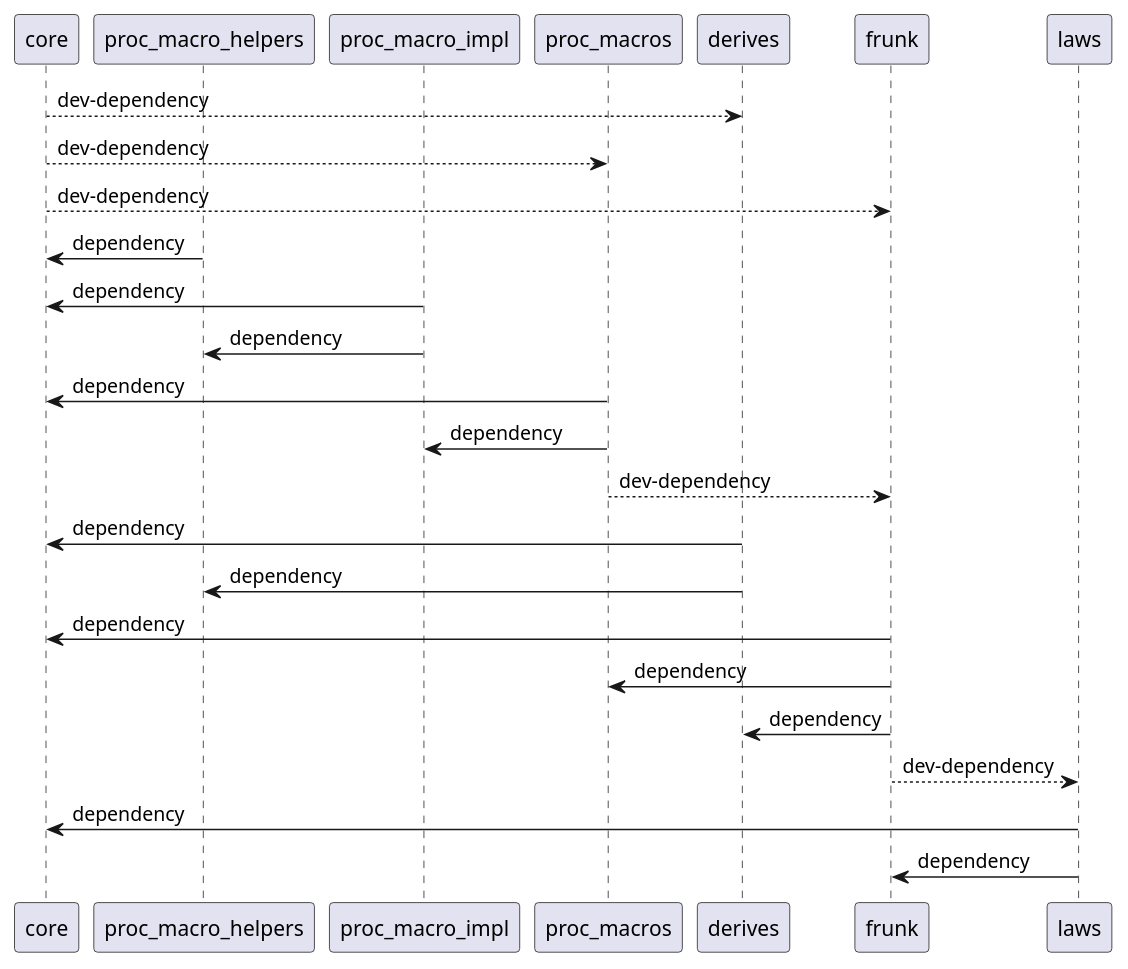
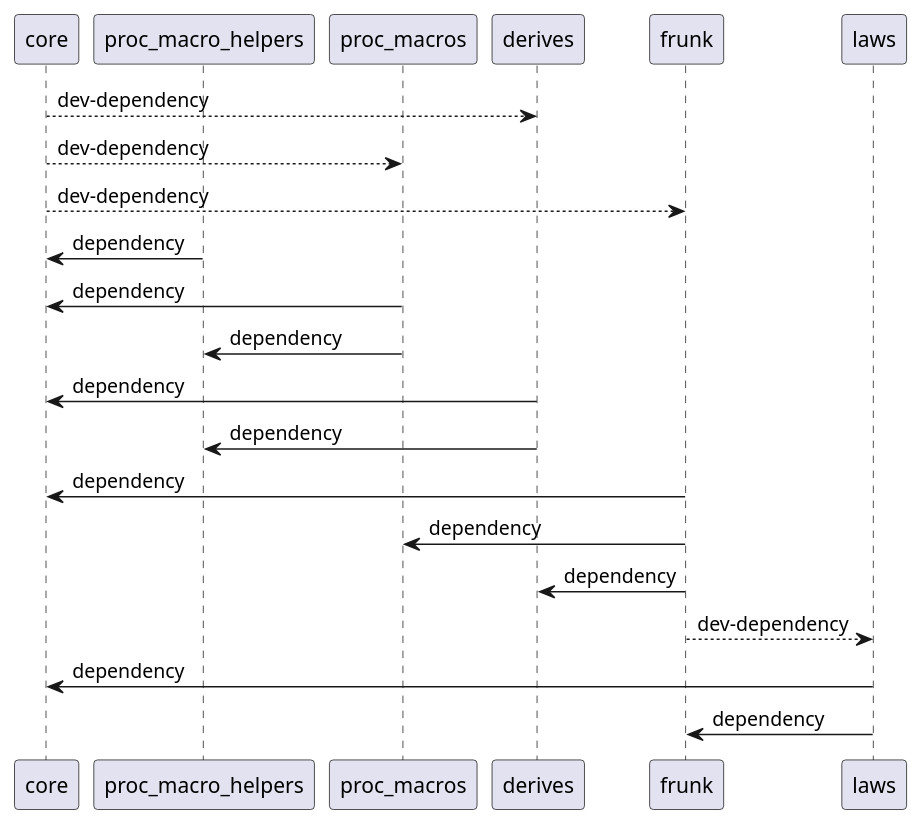
One commit to lloydmeta/frunk changed the diagram in dependency-graph.puml. Above: the diagram before and after it, drawn with PlantUML. The commit also changed 7 other files, not shown here.

```diff
--- a/dependency-graph.puml
+++ b/dependency-graph.puml
@@ -1,34 +1,29 @@
 @startuml
 participant core as c
 participant proc_macro_helpers as pmh
-participant proc_macro_impl as pmi
 participant proc_macros as pm
 participant derives as d
 participant frunk as f
 participant laws as l
 
 c --> d: dev-dependency
 c --> pm: dev-dependency
 c --> f: dev-dependency
 
 pmh -> c: dependency
 
-pmi -> c: dependency
-pmi -> pmh: dependency
-
 pm -> c: dependency
-pm -> pmi: dependency
-pm --> f: dev-dependency
+pm -> pmh: dependency
 
 d -> c: dependency
 d -> pmh: dependency
 
 f -> c: dependency
 f -> pm: dependency
 f -> d: dependency
 f --> l: dev-dependency
 
 l -> c: dependency
 l -> f: dependency
 
 @enduml
```
